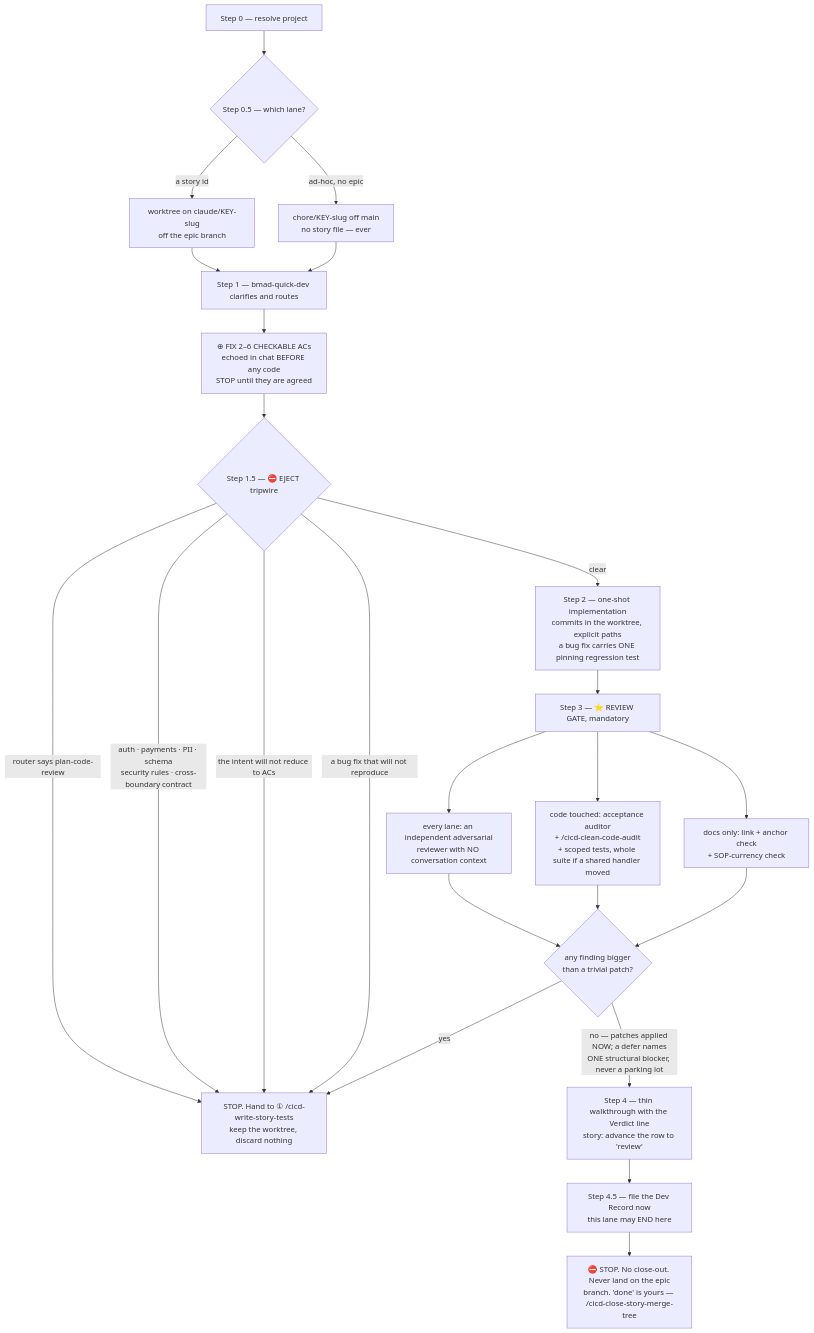
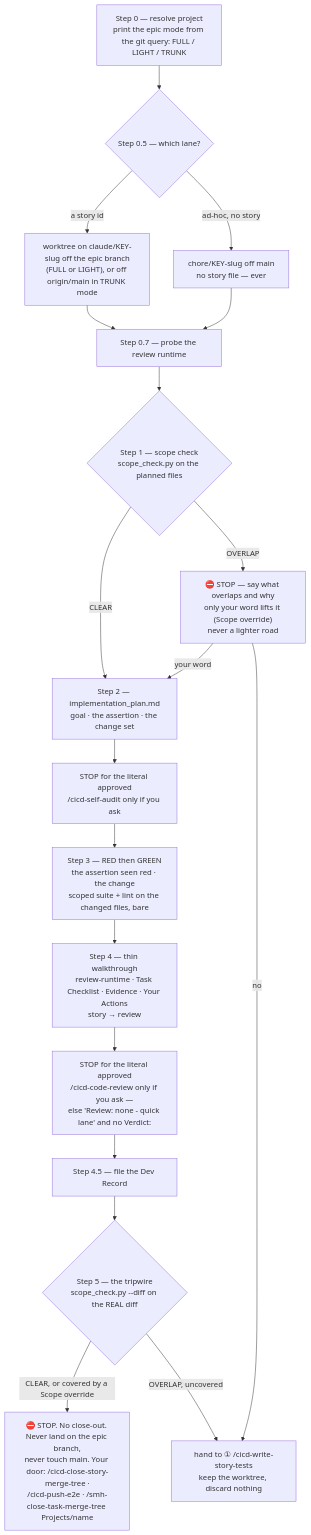
One commit to sudomadhatter/Sudo_Hatter_Command changed diagram 25 of 46 in docs/_scc_sops_prds/operator_workflows_quickref.md. Above: the diagram before and after it, drawn with Mermaid. The commit also changed other lines of this file and 21 other files, not shown here.

First line of the commit message:
SCC-444 feat(commands): /cicd-quick-dev rebuilt as the quick lane - scope check, plan, RED, GREEN, walkthrough, tripwire

````diff
--- a/docs/_scc_sops_prds/operator_workflows_quickref.md
+++ b/docs/_scc_sops_prds/operator_workflows_quickref.md
@@ -817,26 +820,21 @@
 ```mermaid
 flowchart TD
-    S0["Step 0 — resolve project"] --> S05{"Step 0.5 — which lane?"}
-    S05 -- "a story id" --> WT["worktree on claude/KEY-slug\noff the epic branch"]
-    S05 -- "ad-hoc, no epic" --> CH["chore/KEY-slug off main\nno story file — ever"]
-    WT --> S1["Step 1 — bmad-quick-dev clarifies and routes"]
-    CH --> S1
-    S1 --> AC["⊕ FIX 2–6 CHECKABLE ACs\nechoed in chat BEFORE any code\nSTOP until they are agreed"]
-    AC --> S15{"Step 1.5 — ⛔ EJECT tripwire"}
-    S15 -- "router says plan-code-review" --> EJ["STOP. Hand to ① /cicd-write-story-tests\nkeep the worktree, discard nothing"]
-    S15 -- "auth · payments · PII · schema\nsecurity rules · cross-boundary contract" --> EJ
-    S15 -- "the intent will not reduce to ACs" --> EJ
-    S15 -- "a bug fix that will not reproduce" --> EJ
-    S15 -- "clear" --> S2["Step 2 — one-shot implementation\ncommits in the worktree, explicit paths\na bug fix carries ONE pinning regression test"]
-    S2 --> S3["Step 3 — ⭐ REVIEW GATE, mandatory"]
-    S3 --> R1["every lane: an independent adversarial\nreviewer with NO conversation context"]
-    S3 --> R2["code touched: acceptance auditor\n+ /cicd-clean-code-audit\n+ scoped tests, whole suite if a shared handler moved"]
-    S3 --> R3["docs only: link + anchor check\n+ SOP-currency check"]
-    R1 --> F{"any finding bigger\nthan a trivial patch?"}
-    R2 --> F
-    R3 --> F
-    F -- "yes" --> EJ
-    F -- "no — patches applied NOW; a defer names\nONE structural blocker, never a parking lot" --> S4["Step 4 — thin walkthrough with the Verdict line\nstory: advance the row to 'review'"]
-    S4 --> S45["Step 4.5 — file the Dev Record now\nthis lane may END here"]
-    S45 --> STOP2["⛔ STOP. No close-out. Never land on the epic\nbranch. 'done' is yours — /cicd-close-story-merge-tree"]
+    S0["Step 0 — resolve project\nprint the epic mode from the git query: FULL / LIGHT / TRUNK"] --> S05{"Step 0.5 — which lane?"}
+    S05 -- "a story id" --> WT["worktree on claude/KEY-slug off the epic branch\n(FULL or LIGHT), or off origin/main in TRUNK mode"]
+    S05 -- "ad-hoc, no story" --> CH["chore/KEY-slug off main\nno story file — ever"]
+    WT --> S07["Step 0.7 — probe the review runtime"]
+    CH --> S07
+    S07 --> S1{"Step 1 — scope check\nscope_check.py on the planned files"}
+    S1 -- "CLEAR" --> S2["Step 2 — implementation_plan.md\ngoal · the assertion · the change set"]
+    S1 -- "OVERLAP" --> HOLD["⛔ STOP — say what overlaps and why\nonly your word lifts it (Scope override)\nnever a lighter road"]
+    HOLD -- "your word" --> S2
+    HOLD -- "no" --> EJ["hand to ① /cicd-write-story-tests\nkeep the worktree, discard nothing"]
+    S2 --> A1["STOP for the literal approved\n/cicd-self-audit only if you ask"]
+    A1 --> S3["Step 3 — RED then GREEN\nthe assertion seen red · the change\nscoped suite + lint on the changed files, bare"]
+    S3 --> S4["Step 4 — thin walkthrough\nreview-runtime · Task Checklist · Evidence · Your Actions\nstory → review"]
+    S4 --> A2["STOP for the literal approved\n/cicd-code-review only if you ask —\nelse 'Review: none - quick lane' and no Verdict:"]
+    A2 --> S45["Step 4.5 — file the Dev Record"]
+    S45 --> S5{"Step 5 — the tripwire\nscope_check.py --diff on the REAL diff"}
+    S5 -- "CLEAR, or covered by a Scope override" --> STOP2["⛔ STOP. No close-out. Never land on the epic branch,\nnever touch main. Your door: /cicd-close-story-merge-tree ·\n/cicd-push-e2e · /smh-close-task-merge-tree Projects/name"]
+    S5 -- "OVERLAP, uncovered" --> EJ
 ```
````
